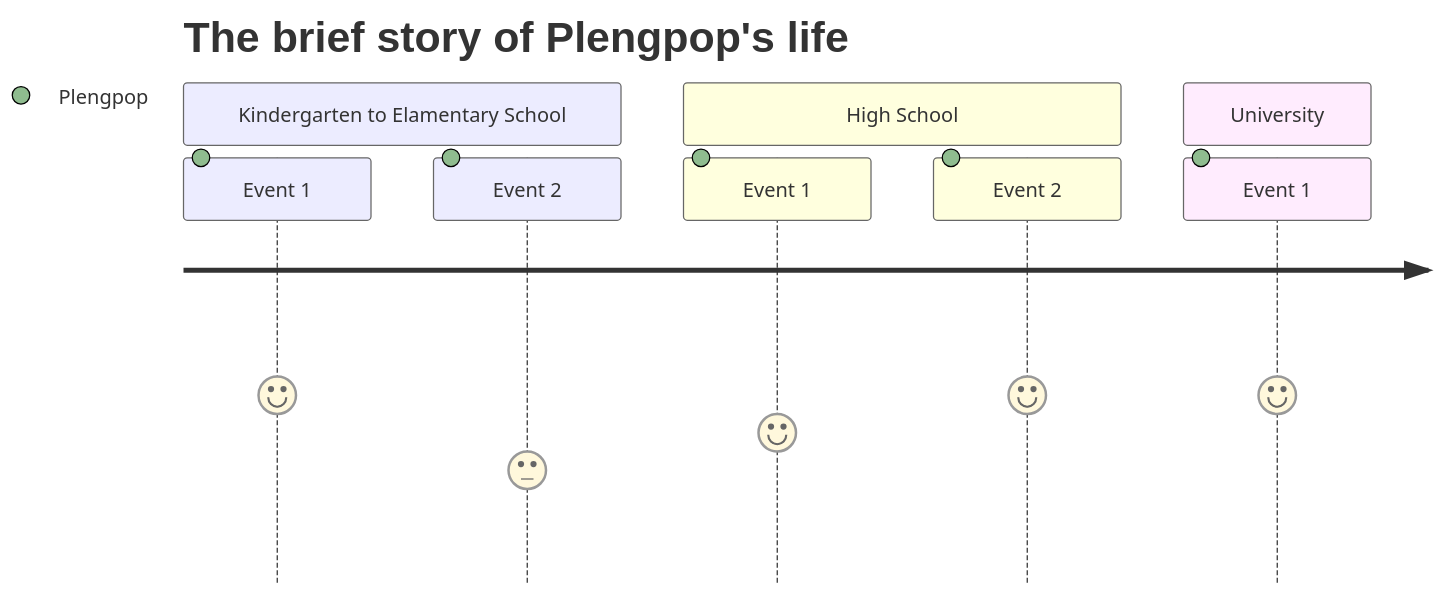
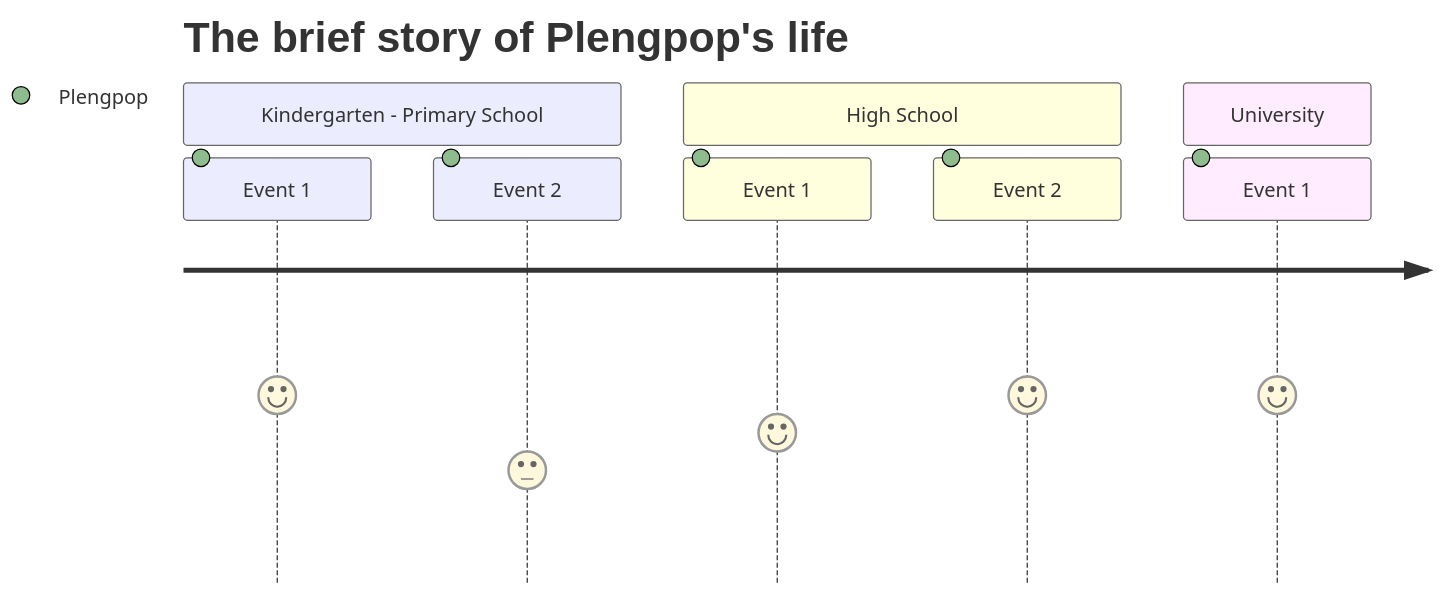
The diagram in G2-10.md (ChinnaphatLoha/g2-10-PODHII), drawn with Mermaid before and after one commit. The commit also changed other lines of this file, not shown here.

````diff
--- a/G2-10.md
+++ b/G2-10.md
@@ -162,12 +162,12 @@
 ```mermaid
 journey
     title The brief story of Plengpop's life
-    section Kindergarten to Elamentary School
+    section Kindergarten - Primary School
       Event 1: 5: Plengpop
       Event 2: 3: Plengpop
     section High School
       Event 1: 4: Plengpop
       Event 2: 5: Plengpop
     section University
       Event 1: 5: Plengpop
 ```
````
